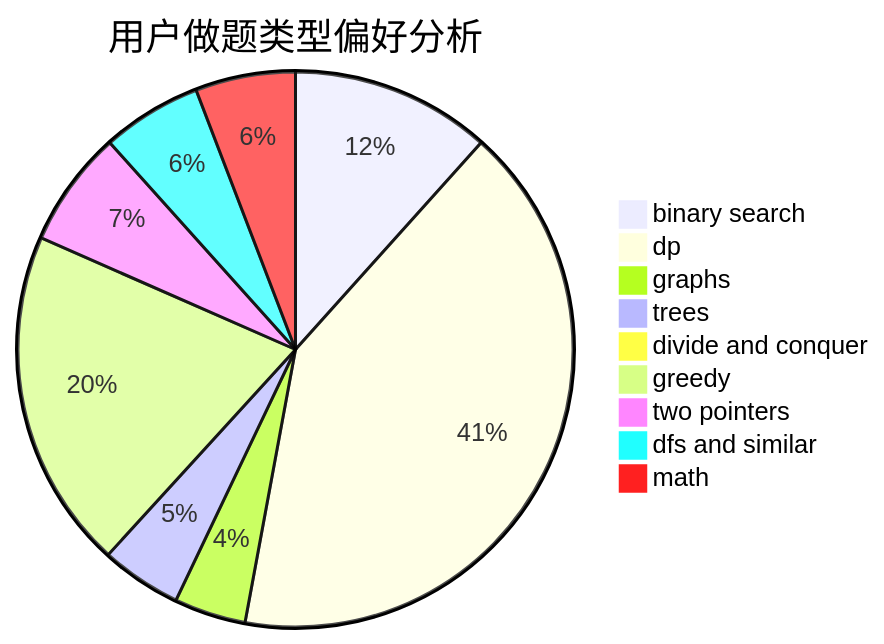
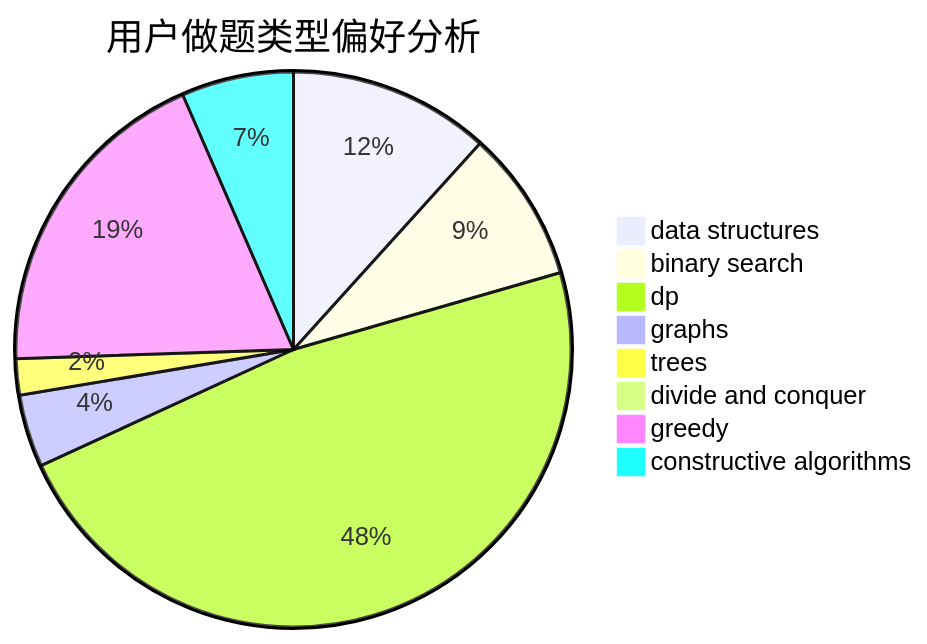
One commit to sherpahu/cfrs.github.io changed the second of 3 diagrams in docs/user/u111.md. Above: the diagram before and after it, drawn with Mermaid. The commit also changed other lines of this file and 2775 other files, not shown here.

````diff
--- a/docs/user/u111.md
+++ b/docs/user/u111.md
@@ -23,12 +23,11 @@
 ```mermaid
 pie title 用户做题类型偏好分析
-    "binary search" :  134
-    "dp" :  475
-    "graphs" :  48
-    "trees" :  54
-    "divide and conquer" :  2
-    "greedy" :  228
-    "two pointers" :  78
-    "dfs and similar" :  67
-    "math" :  67
+    "data structures" :  61
+    "binary search" :  46
+    "dp" :  248
+    "graphs" :  22
+    "trees" :  11
+    "divide and conquer" :  0
+    "greedy" :  99
+    "constructive algorithms" :  34
 ```
````
